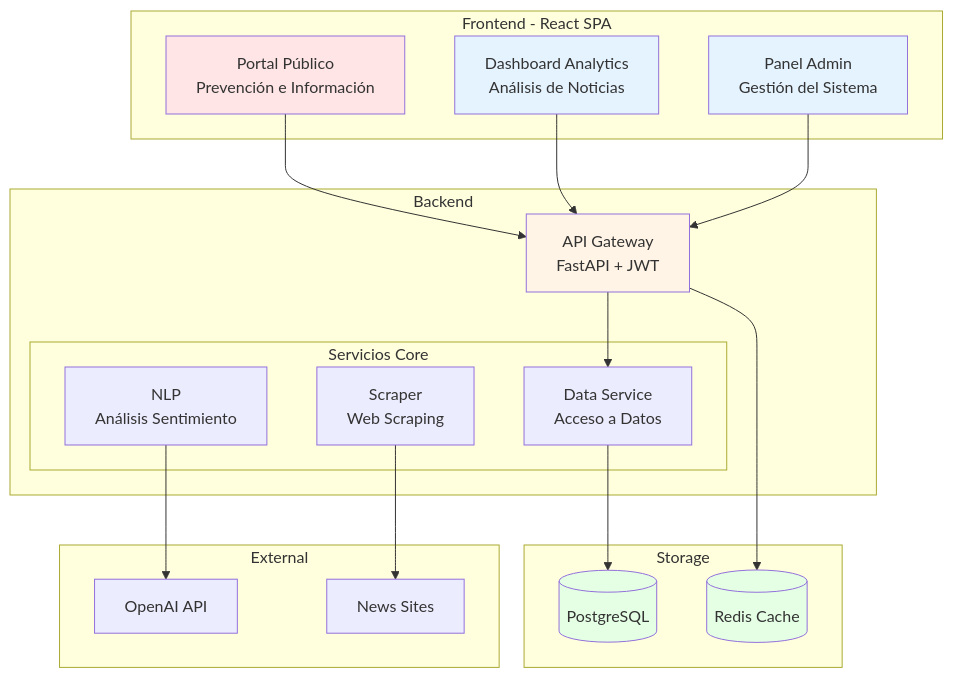
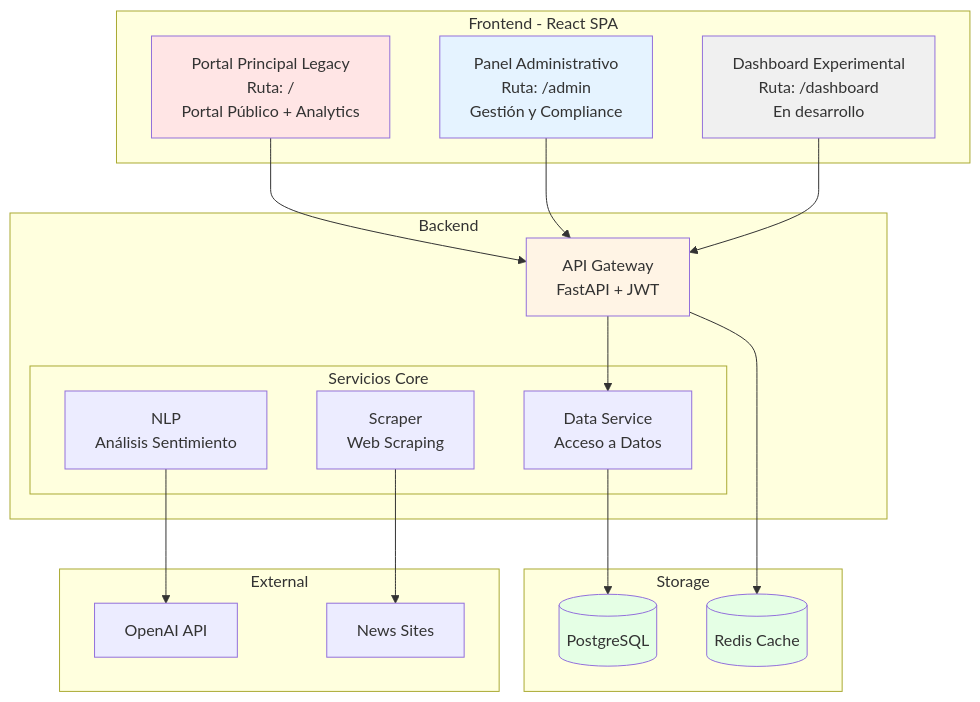
The first of 2 diagrams in ERS_PreventIA_News_Analytics_v1.0.md (cfernandom/news-bot), drawn with Mermaid before and after one commit. The commit also changed other lines of this file and 2 other files, not shown here.

````diff
--- a/ERS_PreventIA_News_Analytics_v1.0.md
+++ b/ERS_PreventIA_News_Analytics_v1.0.md
@@ -161,46 +161,46 @@
 ```mermaid
 graph TB
     subgraph "Frontend - React SPA"
-        A1[Portal Público<br/>Prevención e Información]
-        A2[Dashboard Analytics<br/>Análisis de Noticias]
-        A3[Panel Admin<br/>Gestión del Sistema]
+        A1[Portal Principal Legacy<br/>Ruta: /<br/>Portal Público + Analytics]
+        A2[Panel Administrativo<br/>Ruta: /admin<br/>Gestión y Compliance]
+        A3[Dashboard Experimental<br/>Ruta: /dashboard<br/>En desarrollo]
     end
     
     subgraph "Backend"
         B[API Gateway<br/>FastAPI + JWT]
         
         subgraph "Servicios Core"
             C1[Scraper<br/>Web Scraping]
             C2[NLP<br/>Análisis Sentimiento]
             C3[Data Service<br/>Acceso a Datos]
         end
     end
     
     subgraph "Storage"
         D1[(PostgreSQL)]
         D2[(Redis Cache)]
     end
     
     subgraph "External"
         E1[OpenAI API]
         E2[News Sites]
     end
     
     A1 --> B
     A2 --> B
     A3 --> B
     
     B --> C3
     C3 --> D1
     B --> D2
     
     C1 --> E2
     C2 --> E1
     
     style A1 fill:#FFE5E5
     style A2 fill:#E5F3FF
-    style A3 fill:#E5F3FF
+    style A3 fill:#F0F0F0
     style B fill:#FFF4E5
     style D1 fill:#E5FFE5
     style D2 fill:#E5FFE5
 ```
````
